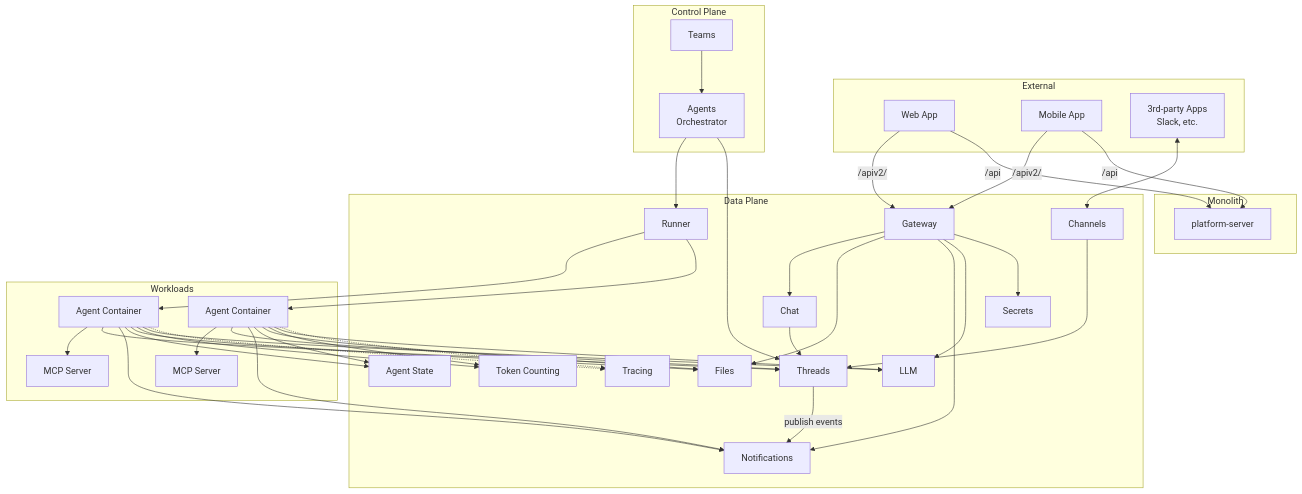
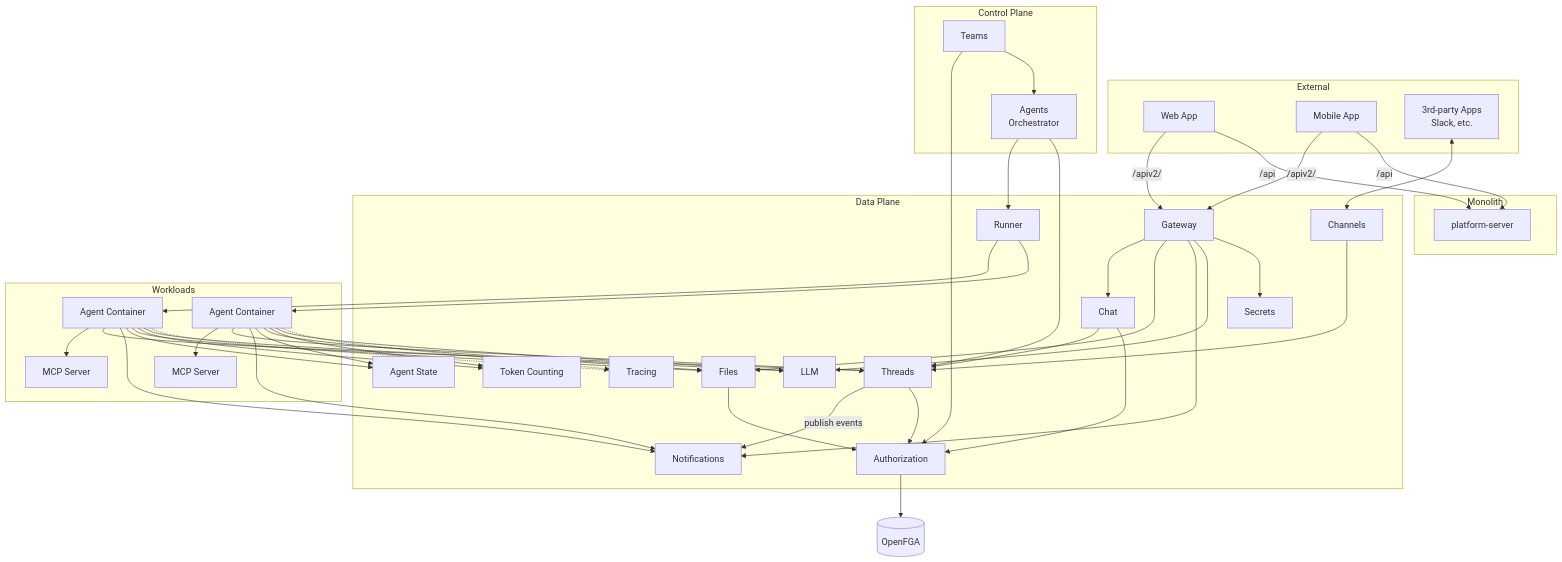
Before and after one commit to agynio/architecture: the diagram in architecture/system-overview.md, drawn with Mermaid. The commit also changed other lines of this file and 5 other files, not shown here.

First line of the commit message:
Add authorization architecture (OpenFGA + Authorization service)

````diff
--- a/architecture/system-overview.md
+++ b/architecture/system-overview.md
@@ -7,68 +7,75 @@
 ```mermaid
 graph TB
     subgraph External
         WebApp[Web App]
         MobileApp[Mobile App]
         ThirdParty[3rd-party Apps<br/>Slack, etc.]
     end
 
     subgraph Control Plane
         Teams[Teams]
         AgentsOrch[Agents<br/>Orchestrator]
     end
 
     subgraph Data Plane
         Gateway[Gateway]
         Chat[Chat]
         Channels[Channels]
         Threads[Threads]
         Files[Files]
         TokenCounting[Token Counting]
         LLM[LLM]
         Secrets[Secrets]
         Notifications[Notifications]
         Runner[Runner]
         AgentState[Agent State]
         Tracing[Tracing]
+        Authorization[Authorization]
     end
 
     subgraph Workloads
         Agent1[Agent Container]
         Agent2[Agent Container]
         MCP1[MCP Server]
         MCP2[MCP Server]
     end
 
     subgraph Monolith
         PS[platform-server]
     end
 
     WebApp & MobileApp -- "/apiv2/" --> Gateway
     WebApp & MobileApp -- "/api" --> PS
     ThirdParty <--> Channels
 
     Gateway --> Chat
     Gateway --> Files
     Gateway --> Notifications
     Gateway --> LLM
     Gateway --> Secrets
     Chat --> Threads
     Channels --> Threads
 
     Threads -->|publish events| Notifications
     AgentsOrch --> Runner
     AgentsOrch --> Threads
 
     Runner --> Agent1 & Agent2
     Agent1 --> MCP1
     Agent2 --> MCP2
     Agent1 & Agent2 --> Threads
     Agent1 & Agent2 --> Notifications
     Agent1 & Agent2 --> AgentState
     Agent1 & Agent2 --> Files
     Agent1 & Agent2 --> TokenCounting
     Agent1 & Agent2 --> LLM
     Agent1 & Agent2 -.-> Tracing
 
+    Chat --> Authorization
+    Files --> Authorization
+    Threads --> Authorization
+    Teams --> Authorization
+    Authorization --> OpenFGA[(OpenFGA)]
+
     Teams --> AgentsOrch
 ```
````
